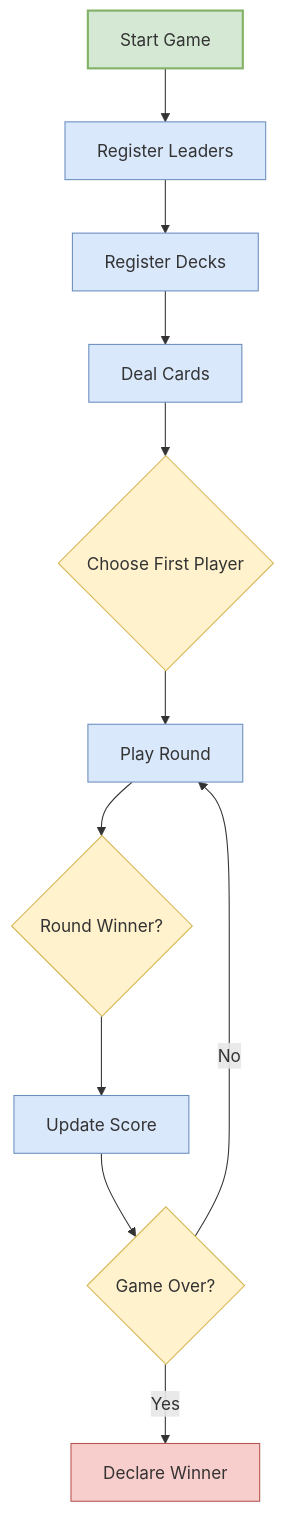
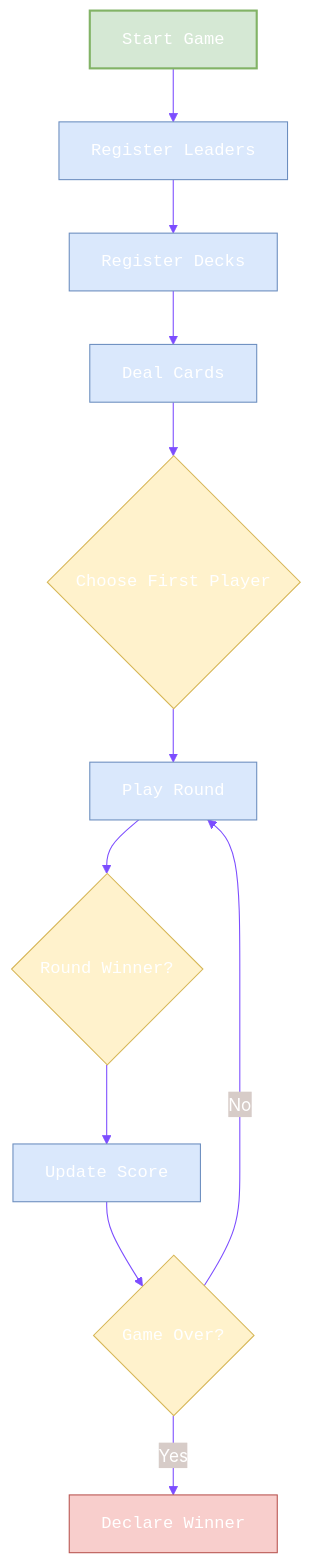
The second of 9 diagrams in README.md (declanshanaghy/gwent), drawn with Mermaid before and after one commit. The commit also changed other lines of this file and 6 other files, not shown here.

First line of the commit message:
Add mermaid style guide and apply to all diagrams

````diff
--- a/README.md
+++ b/README.md
@@ -45,18 +59,32 @@
 ```mermaid
+%%{init: {
+  'theme': 'base',
+  'themeVariables': {
+    'primaryColor': '#6d1a36',
+    'primaryTextColor': '#fff',
+    'primaryBorderColor': '#7C4DFF',
+    'lineColor': '#7C4DFF',
+    'secondaryColor': '#D7CCC8',
+    'tertiaryColor': '#EFEBE9',
+    'fontFamily': 'Courier New',
+    'fontSize': '16px'
+  }
+}}%%
+
 flowchart TD
-    classDef start fill:#d5e8d4,stroke:#82b366,stroke-width:2px
-    classDef process fill:#dae8fc,stroke:#6c8ebf,stroke-width:1px
-    classDef decision fill:#fff2cc,stroke:#d6b656,stroke-width:1px
-    classDef endNode fill:#f8cecc,stroke:#b85450,stroke-width:1px
+    classDef start fill:#d5e8d4,stroke:#82b366,stroke-width:2px,font-family:'Courier New'
+    classDef process fill:#dae8fc,stroke:#6c8ebf,stroke-width:1px,font-family:'Courier New'
+    classDef decision fill:#fff2cc,stroke:#d6b656,stroke-width:1px,font-family:'Courier New'
+    classDef endNode fill:#f8cecc,stroke:#b85450,stroke-width:1px,font-family:'Courier New'
     
     A[Start Game]:::start --> B[Register Leaders]:::process
     B --> C[Register Decks]:::process
     C --> D[Deal Cards]:::process
     D --> E{Choose First Player}:::decision
     E --> F[Play Round]:::process
     F --> G{Round Winner?}:::decision
     G --> H[Update Score]:::process
     H --> I{Game Over?}:::decision
     I -->|No| F
     I -->|Yes| J[Declare Winner]:::endNode
 ```
````
